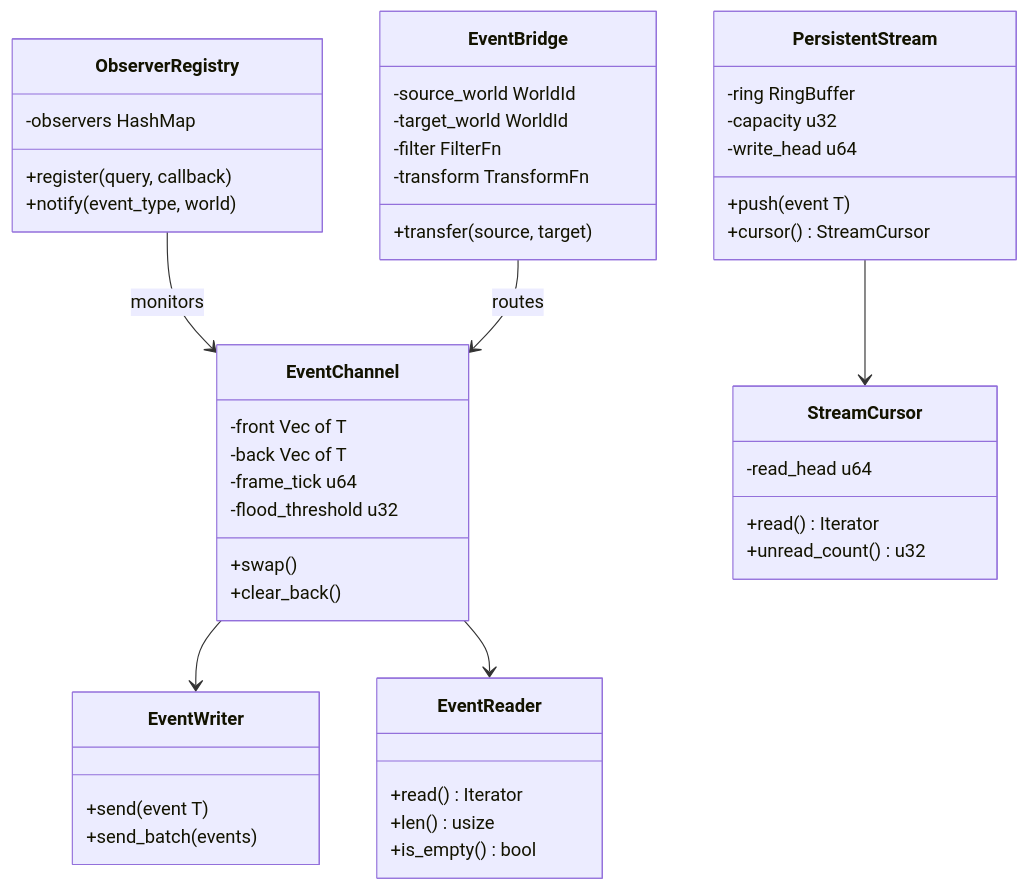
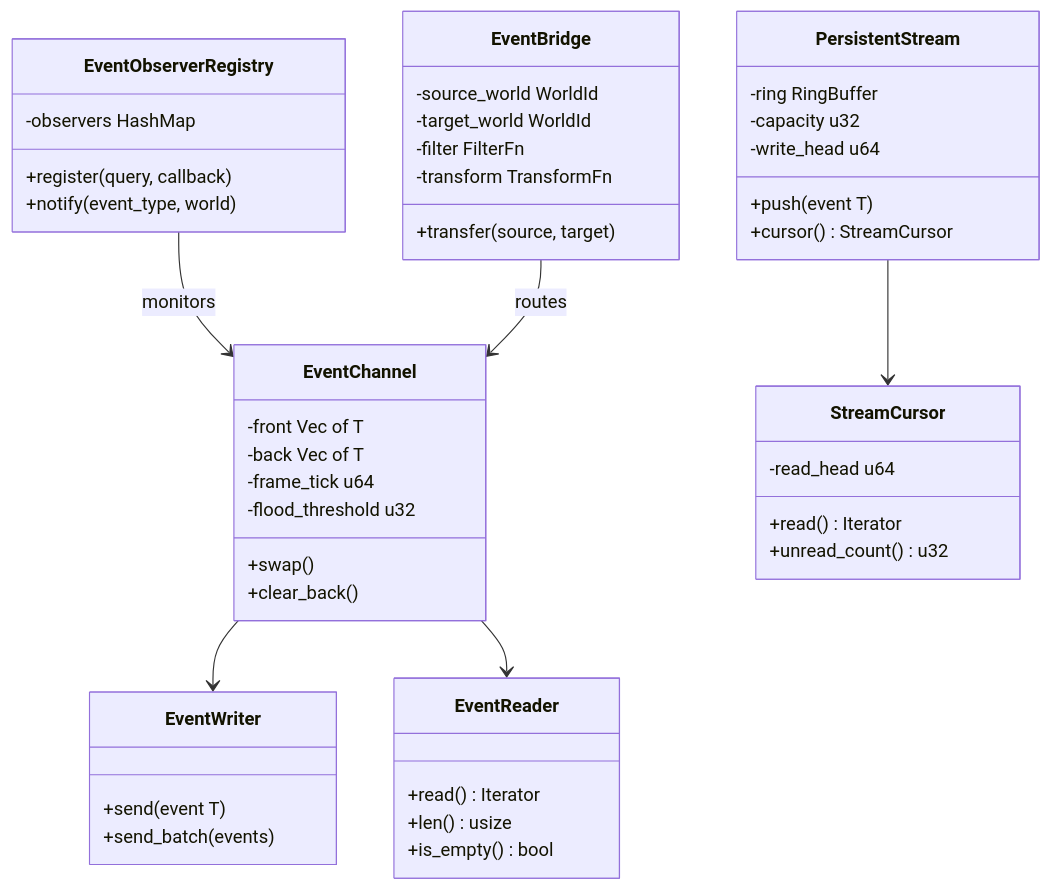
One commit to harmonius-dev/harmonius changed the ninth of 9 diagrams in docs/design/core-runtime/events-plugins.md. Above: the diagram before and after it, drawn with Mermaid. The commit also changed other lines of this file and 143 other files, not shown here.

````diff
--- a/docs/design/core-runtime/events-plugins.md
+++ b/docs/design/core-runtime/events-plugins.md
@@ -350,56 +363,56 @@
 ```mermaid
 classDiagram
     class EventChannel {
         -front Vec of T
         -back Vec of T
         -frame_tick u64
         -flood_threshold u32
         +swap()
         +clear_back()
     }
 
     class EventWriter {
         +send(event T)
         +send_batch(events)
     }
 
     class EventReader {
         +read() Iterator
         +len() usize
         +is_empty() bool
     }
 
     class PersistentStream {
         -ring RingBuffer
         -capacity u32
         -write_head u64
         +push(event T)
         +cursor() StreamCursor
     }
 
     class StreamCursor {
         -read_head u64
         +read() Iterator
         +unread_count() u32
     }
 
-    class ObserverRegistry {
+    class EventObserverRegistry {
         -observers HashMap
         +register(query, callback)
         +notify(event_type, world)
     }
 
     class EventBridge {
         -source_world WorldId
         -target_world WorldId
         -filter FilterFn
         -transform TransformFn
         +transfer(source, target)
     }
 
     EventChannel --> EventWriter
     EventChannel --> EventReader
     PersistentStream --> StreamCursor
-    ObserverRegistry --> EventChannel : monitors
+    EventObserverRegistry --> EventChannel : monitors
     EventBridge --> EventChannel : routes
 ```
````
